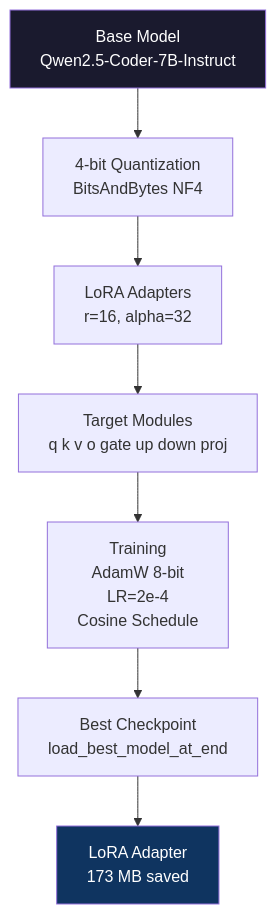
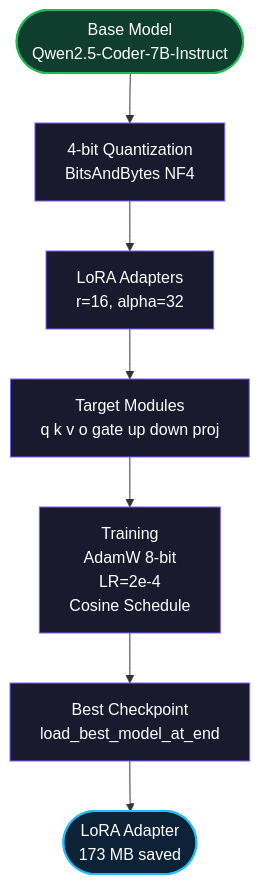
Before and after one commit to IshanGain/BioGPT: the fifth of 5 diagrams in README.md, drawn with Mermaid. The commit also changed other lines of this file, not shown here.

````diff
--- a/README.md
+++ b/README.md
@@ -199,12 +458,17 @@
 ```mermaid
 flowchart TD
-    A[Base Model\nQwen2.5-Coder-7B-Instruct] --> B[4-bit Quantization\nBitsAndBytes NF4]
+    A([Base Model\nQwen2.5-Coder-7B-Instruct]) --> B[4-bit Quantization\nBitsAndBytes NF4]
     B --> C[LoRA Adapters\nr=16, alpha=32]
     C --> D[Target Modules\nq k v o gate up down proj]
     D --> E[Training\nAdamW 8-bit\nLR=2e-4\nCosine Schedule]
     E --> F[Best Checkpoint\nload_best_model_at_end]
-    F --> G[LoRA Adapter\n173 MB saved]
+    F --> G([LoRA Adapter\n173 MB saved])
 
-    style A fill:#1a1a2e,color:#fff
-    style G fill:#0f3460,color:#fff
+    style A fill:#0f3d2e,color:#fff,stroke:#1DB954,stroke-width:2px
+    style G fill:#0d2137,color:#fff,stroke:#20BEFF,stroke-width:2px
+    style B fill:#1a1a2e,color:#fff,stroke:#7B61FF,stroke-width:1px
+    style C fill:#1a1a2e,color:#fff,stroke:#7B61FF,stroke-width:1px
+    style D fill:#1a1a2e,color:#fff,stroke:#7B61FF,stroke-width:1px
+    style E fill:#1a1a2e,color:#fff,stroke:#7B61FF,stroke-width:1px
+    style F fill:#1a1a2e,color:#fff,stroke:#7B61FF,stroke-width:1px
 ```
````
